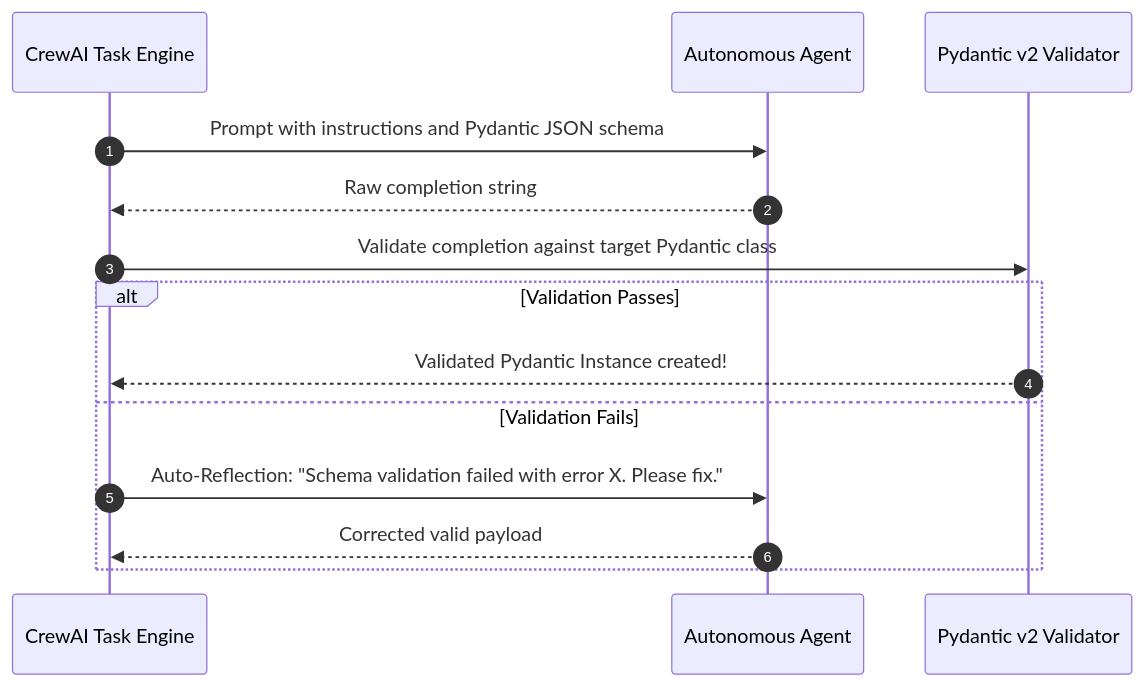
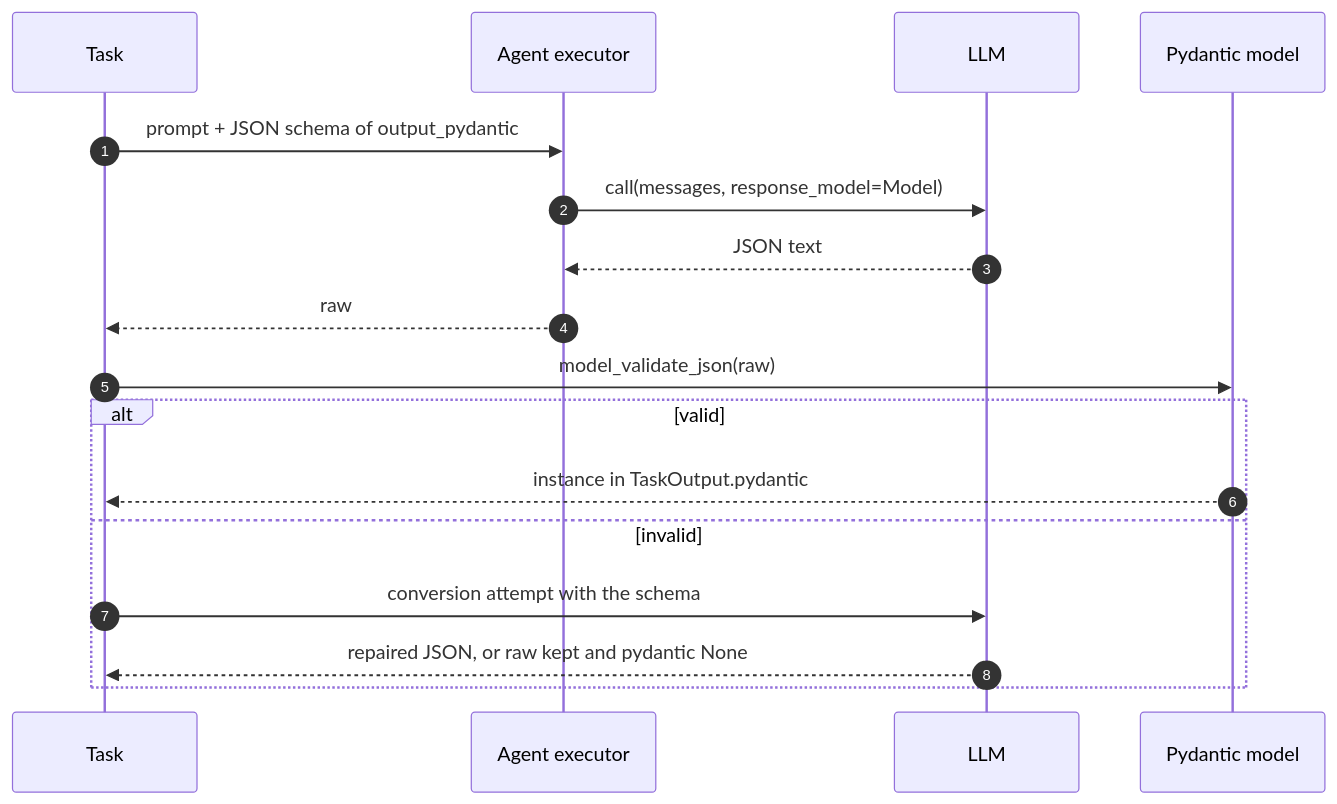
Diagram 20 of 27 in README.md (TheLearningHubOrg/learn-crewai), drawn with Mermaid before and after one commit. The commit also changed other lines of this file and 32 other files, not shown here.

````diff
--- a/README.md
+++ b/README.md
@@ -611,17 +1531,20 @@
 ```mermaid
 sequenceDiagram
     autonumber
-    participant Task as CrewAI Task Engine
-    participant Agent as Autonomous Agent
-    participant Schema as Pydantic v2 Validator
+    participant Task as Task
+    participant Agent as Agent executor
+    participant LLM as LLM
+    participant Schema as Pydantic model
 
-    Task->>Agent: Prompt with instructions and Pydantic JSON schema
-    Agent-->>Task: Raw completion string
-    Task->>Schema: Validate completion against target Pydantic class
-    alt Validation Passes
-        Schema-->>Task: Validated Pydantic Instance created!
-    else Validation Fails
-        Task->>Agent: Auto-Reflection: "Schema validation failed with error X. Please fix."
-        Agent-->>Task: Corrected valid payload
+    Task->>Agent: prompt + JSON schema of output_pydantic
+    Agent->>LLM: call(messages, response_model=Model)
+    LLM-->>Agent: JSON text
+    Agent-->>Task: raw
+    Task->>Schema: model_validate_json(raw)
+    alt valid
+        Schema-->>Task: instance in TaskOutput.pydantic
+    else invalid
+        Task->>LLM: conversion attempt with the schema
+        LLM-->>Task: repaired JSON, or raw kept and pydantic None
     end
 ```
````
